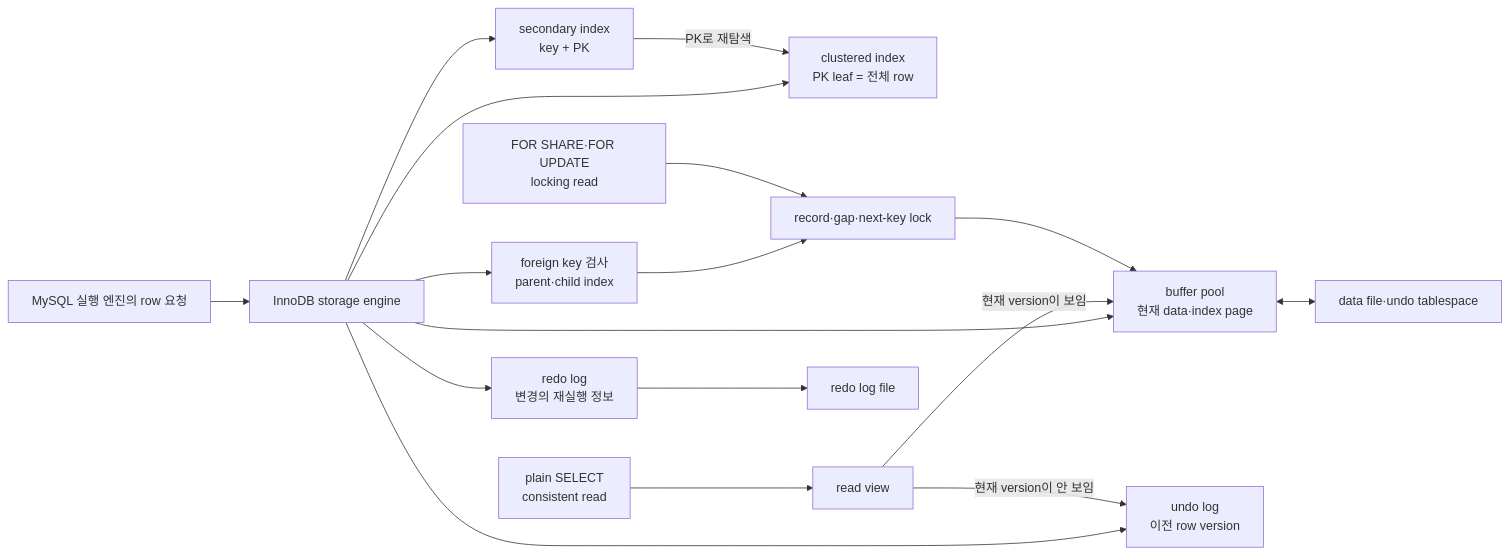
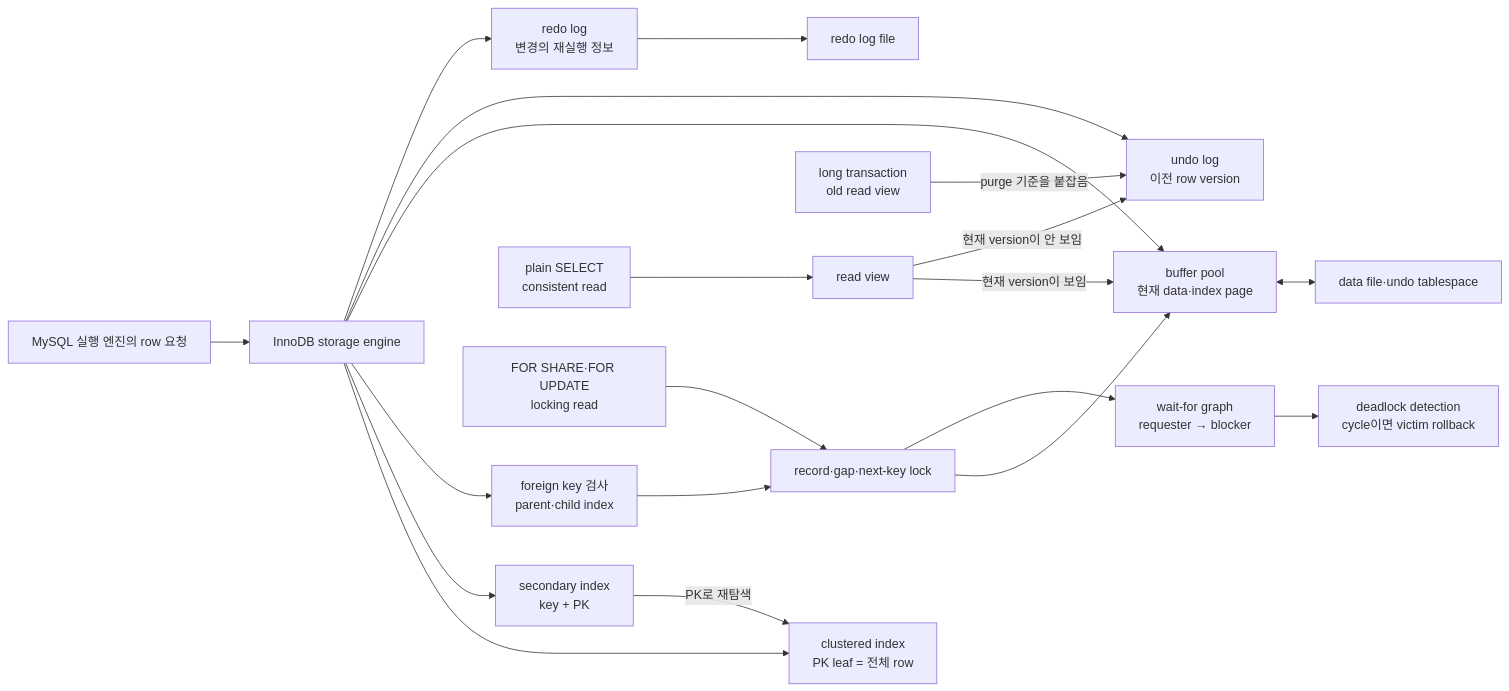
Before and after one commit to Hoya324/study-cs-obsidian: the first of 10 diagrams in 06-sources/reading-notes/real-mysql-8-0-1/04-아키텍쳐/4.2 InnoDB 스토리지 엔진 아키텍쳐.md, drawn with Mermaid. The commit also changed other lines of this file and 2 other files, not shown here.

Commit message:
study: extend InnoDB consistent reads and deadlock detection

````diff
--- a/06-sources/reading-notes/real-mysql-8-0-1/04-아키텍쳐/4.2 InnoDB 스토리지 엔진 아키텍쳐.md
+++ b/06-sources/reading-notes/real-mysql-8-0-1/04-아키텍쳐/4.2 InnoDB 스토리지 엔진 아키텍쳐.md
@@ -33,19 +33,22 @@
 ```mermaid
 flowchart LR
     SQL["MySQL 실행 엔진의 row 요청"] --> INNO["InnoDB storage engine"]
     INNO --> CI["clustered index<br/>PK leaf = 전체 row"]
     INNO --> SI["secondary index<br/>key + PK"]
     SI -->|"PK로 재탐색"| CI
     INNO --> FK["foreign key 검사<br/>parent·child index"]
     FK --> LOCK["record·gap·next-key lock"]
     INNO --> BP["buffer pool<br/>현재 data·index page"]
     INNO --> UNDO["undo log<br/>이전 row version"]
     INNO --> REDO["redo log<br/>변경의 재실행 정보"]
     CR["plain SELECT<br/>consistent read"] --> RV["read view"]
     RV -->|"현재 version이 보임"| BP
     RV -->|"현재 version이 안 보임"| UNDO
     LR["FOR SHARE·FOR UPDATE<br/>locking read"] --> LOCK
     LOCK --> BP
+    LOCK --> WFG["wait-for graph<br/>requester → blocker"]
+    WFG --> DET["deadlock detection<br/>cycle이면 victim rollback"]
+    LONG["long transaction<br/>old read view"] -->|"purge 기준을 붙잡음"| UNDO
     BP <--> DISK["data file·undo tablespace"]
     REDO --> LOG["redo log file"]
 ```
````
